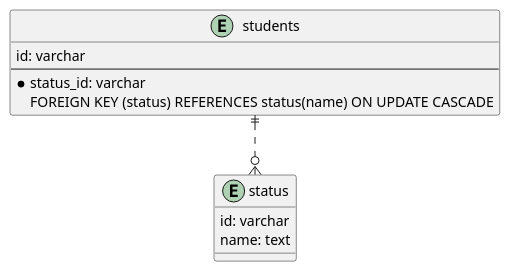
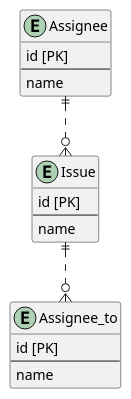
One commit to jp-knj/praha changed the diagram in modeling/anti-pattern/06_task/task.puml. Above: the diagram before and after it, drawn with PlantUML. The commit also changed 1 other file, not shown here.

```diff
--- a/modeling/anti-pattern/06_task/task.puml
+++ b/modeling/anti-pattern/06_task/task.puml
@@ -1,35 +1,43 @@
 @startuml
 
 /'
-  students
-  status
+  Assignee
+  Issue
+  Assignee_to
 '/
-entity "students" {
-  id: varchar
+entity "Assignee" {
+  id [PK]
   --
-  *status_id: varchar
-  FOREIGN KEY (status) REFERENCES status(name) ON UPDATE CASCADE
+  name
 }
 
-entity "status" {
-  id: varchar
-  name: text
+entity "Issue" {
+  id [PK]
+  --
+  name
+}
+
+entity "Assignee_to" {
+  id [PK]
+  --
+  name
 }
 
 /'
 関係性
 ------   :1
 ----||   :1 and only 1
 ----o|   :0 or 1
 -----{   :many
 ----|{   :1 or more
 ----o{   :0 or many
 
 entityの位置
 ri ...right
 le ...left
 do ...down
 '/
 
-students ||..o{ status
+Assignee ||..o{ Issue
+Issue ||..o{ Assignee_to
 @enduml
```
